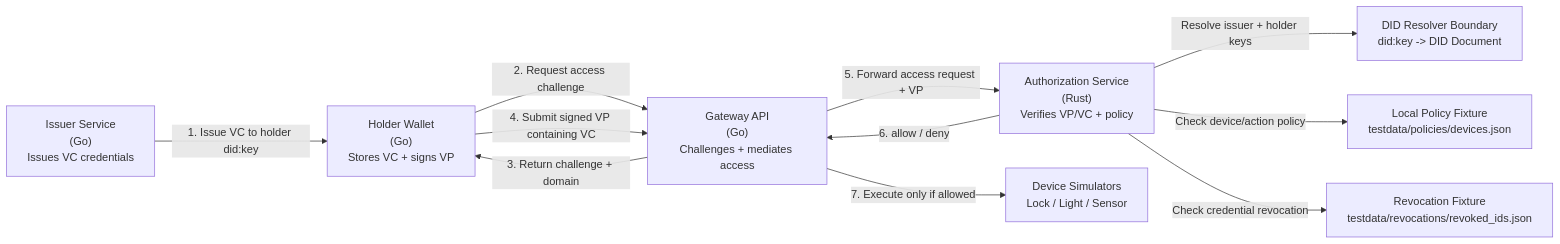
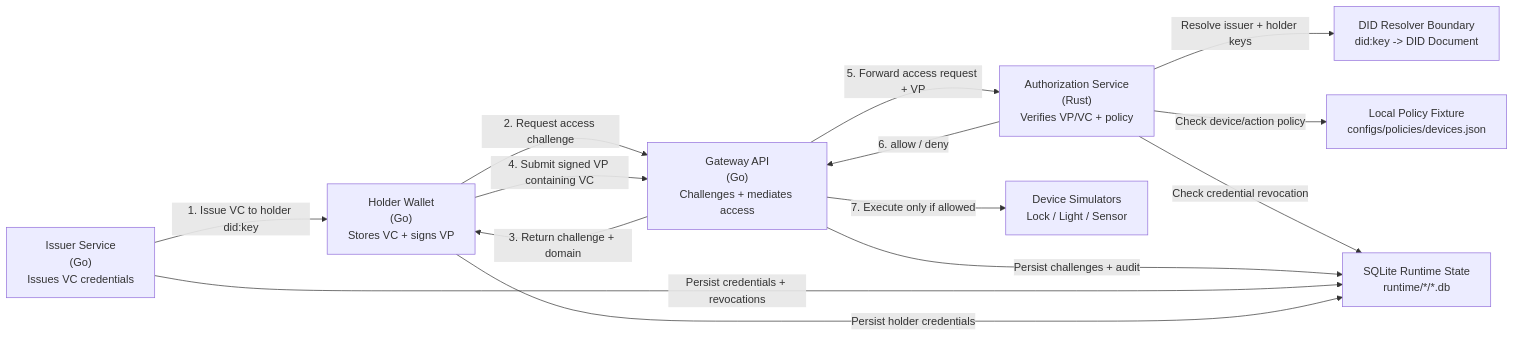
Before and after one commit to L-Lukke/blackwall: the diagram in README.md, drawn with Mermaid. The commit also changed other lines of this file and 22 other files, not shown here.

Commit message:
stop using json to use sqlite db

````diff
--- a/README.md
+++ b/README.md
@@ -25,24 +25,27 @@
 ```mermaid
 flowchart LR
     Issuer["Issuer Service<br/>(Go)<br/>Issues VC credentials"]
     Wallet["Holder Wallet<br/>(Go)<br/>Stores VC + signs VP"]
     Gateway["Gateway API<br/>(Go)<br/>Challenges + mediates access"]
     Authz["Authorization Service<br/>(Rust)<br/>Verifies VP/VC + policy"]
     Resolver["DID Resolver Boundary<br/>did:key -> DID Document"]
-    Policy["Local Policy Fixture<br/>testdata/policies/devices.json"]
-    Revocation["Revocation Fixture<br/>testdata/revocations/revoked_ids.json"]
+    Policy["Local Policy Fixture<br/>configs/policies/devices.json"]
+    State["SQLite Runtime State<br/>runtime/*/*.db"]
     Devices["Device Simulators<br/>Lock / Light / Sensor"]
 
     Issuer -- "1. Issue VC to holder did:key" --> Wallet
     Wallet -- "2. Request access challenge" --> Gateway
     Gateway -- "3. Return challenge + domain" --> Wallet
     Wallet -- "4. Submit signed VP containing VC" --> Gateway
     Gateway -- "5. Forward access request + VP" --> Authz
 
     Authz -- "Resolve issuer + holder keys" --> Resolver
     Authz -- "Check device/action policy" --> Policy
-    Authz -- "Check credential revocation" --> Revocation
+    Authz -- "Check credential revocation" --> State
+    Gateway -- "Persist challenges + audit" --> State
+    Issuer -- "Persist credentials + revocations" --> State
+    Wallet -- "Persist holder credentials" --> State
 
     Authz -- "6. allow / deny" --> Gateway
     Gateway -- "7. Execute only if allowed" --> Devices
 ```
````
